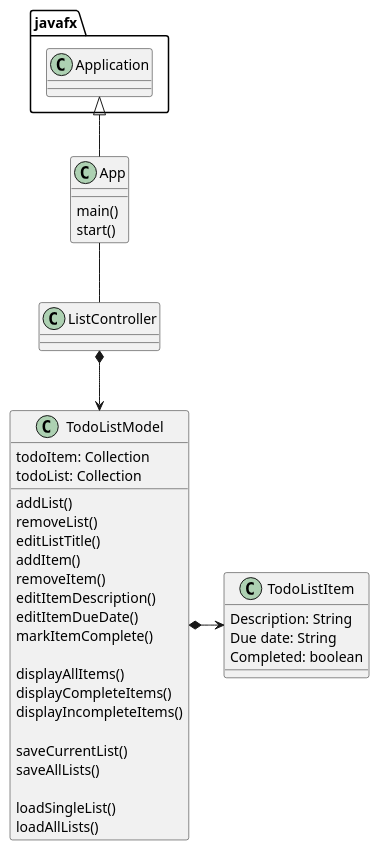
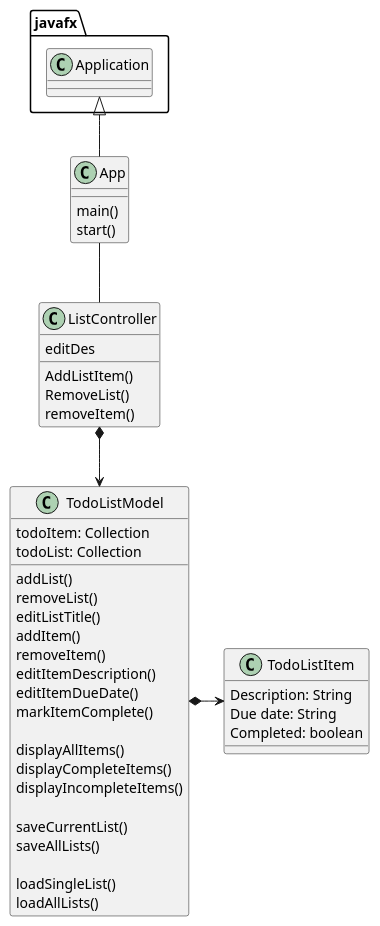
The diagram in uml/AppDiagram.puml (akwill47/weatherlow-cop3330-assignment4part2), drawn with PlantUML before and after one commit. The commit also changed 5 other files, not shown here.

```diff
--- a/uml/AppDiagram.puml
+++ b/uml/AppDiagram.puml
@@ -1,49 +1,53 @@
 @startuml
 'https://plantuml.com/class-diagram
 
 class App{
 main()
 start()
 }
 
 
 class ListController{
+AddListItem()
+RemoveList()
+removeItem()
+editDes
 
 }
 
 class TodoListModel{
 
     todoItem: Collection
     todoList: Collection
     addList()
     removeList()
     editListTitle()
     addItem()
     removeItem()
     editItemDescription()
     editItemDueDate()
     markItemComplete()
 
     displayAllItems()
     displayCompleteItems()
     displayIncompleteItems()
 
     saveCurrentList()
     saveAllLists()
 
     loadSingleList()
     loadAllLists()
 
 }
 
 class TodoListItem{
     Description: String
     Due date: String
     Completed: boolean
 }
 
 javafx.Application <|-- App
 App -- ListController
 ListController *--> TodoListModel
 TodoListModel *-> TodoListItem
 @enduml
```
